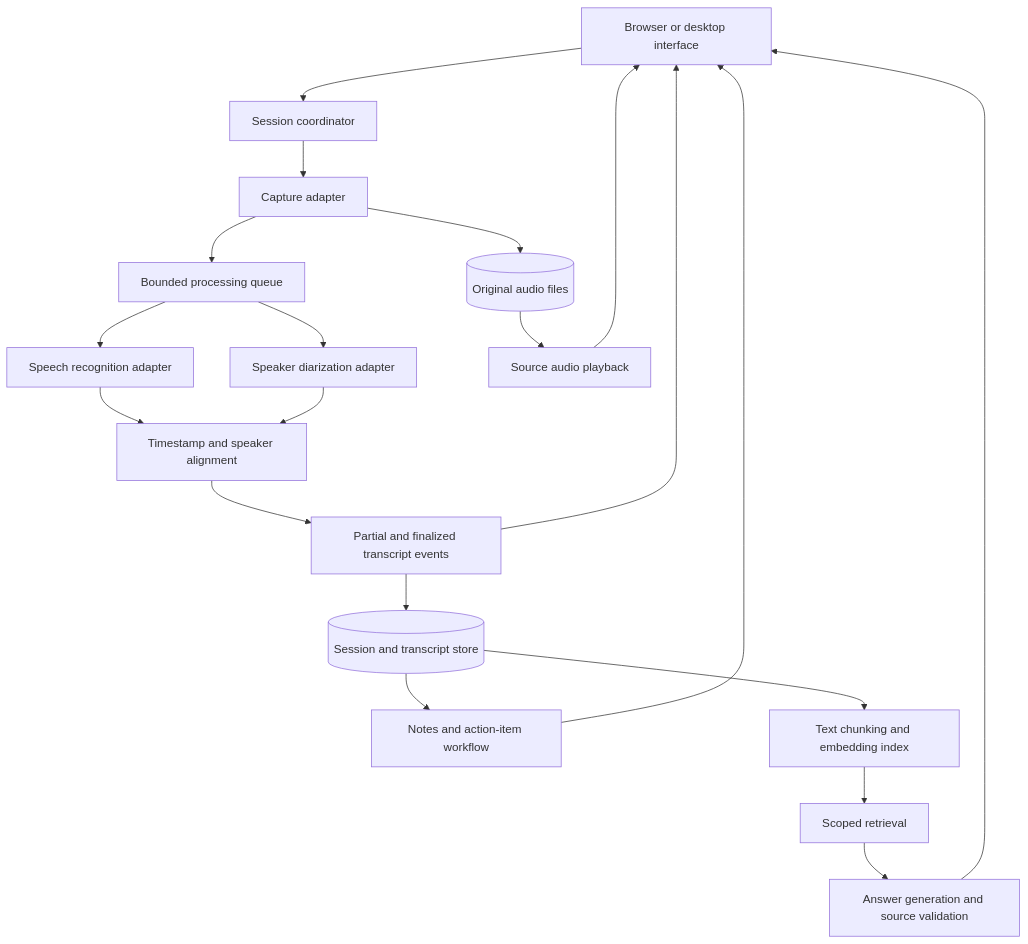
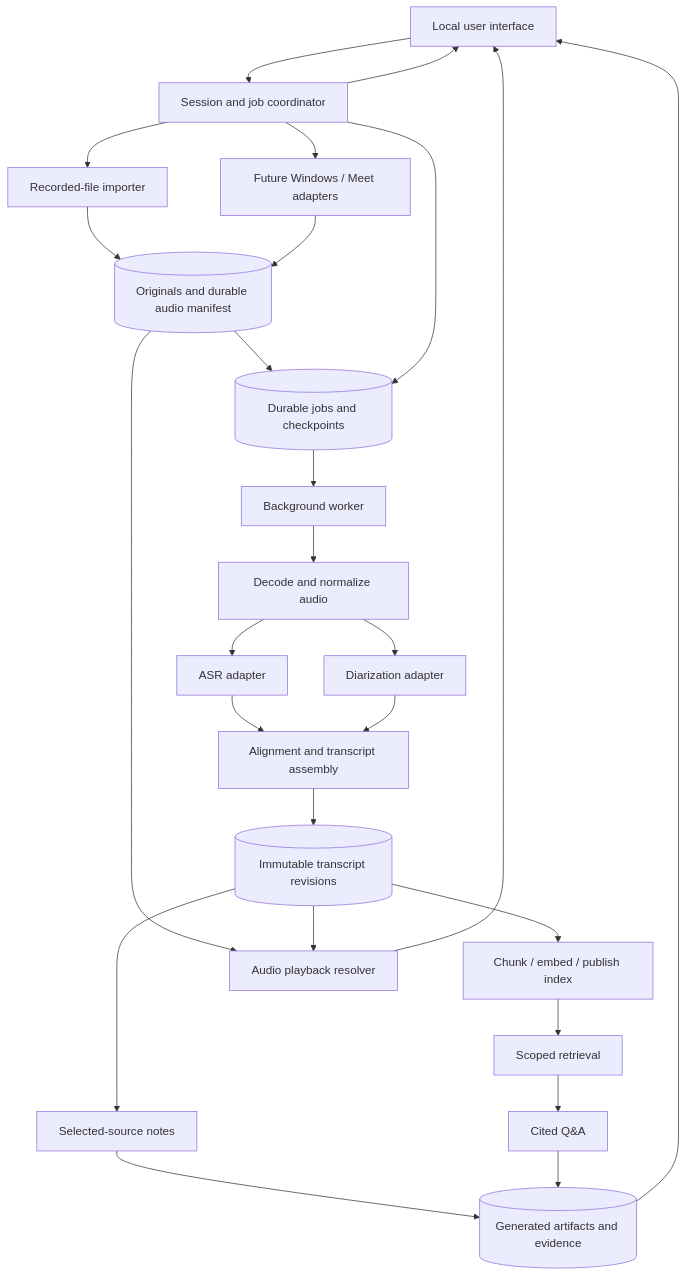
The diagram in docs/ARCHITECTURE.md (rahulsharma027/meeting-bot), drawn with Mermaid before and after one commit. The commit also changed other lines of this file and 7 other files, not shown here.

Commit message:
docs: refine TranscriptLens architecture and component contracts

````diff
--- a/docs/ARCHITECTURE.md
+++ b/docs/ARCHITECTURE.md
@@ -13,22 +15,28 @@
 ```mermaid
 flowchart TD
-    Client[Browser or desktop interface] --> Sessions[Session coordinator]
-    Sessions --> Capture[Capture adapter]
-    Capture --> Files[(Original audio files)]
-    Capture --> Queue[Bounded processing queue]
-    Queue --> ASR[Speech recognition adapter]
-    Queue --> Diarization[Speaker diarization adapter]
-    ASR --> Align[Timestamp and speaker alignment]
-    Diarization --> Align
-    Align --> Events[Partial and finalized transcript events]
-    Events --> Client
-    Events --> Store[(Session and transcript store)]
-    Store --> Notes[Notes and action-item workflow]
-    Store --> Index[Text chunking and embedding index]
-    Index --> Retrieve[Scoped retrieval]
-    Retrieve --> Answer[Answer generation and source validation]
-    Notes --> Client
-    Answer --> Client
-    Files --> Playback[Source audio playback]
-    Playback --> Client
+    UI[Local user interface] --> Coordinator[Session and job coordinator]
+    Coordinator --> Import[Recorded-file importer]
+    Coordinator --> Capture[Future Windows / Meet adapters]
+    Import --> Audio[(Originals and durable audio manifest)]
+    Capture --> Audio
+    Audio --> Jobs[(Durable jobs and checkpoints)]
+    Coordinator --> Jobs
+    Jobs --> Worker[Background worker]
+    Worker --> Decode[Decode and normalize audio]
+    Decode --> ASR[ASR adapter]
+    Decode --> Diarize[Diarization adapter]
+    ASR --> Align[Alignment and transcript assembly]
+    Diarize --> Align
+    Align --> Transcript[(Immutable transcript revisions)]
+    Transcript --> Index[Chunk / embed / publish index]
+    Index --> Retrieval[Scoped retrieval]
+    Transcript --> Notes[Selected-source notes]
+    Retrieval --> QA[Cited Q&A]
+    Notes --> Results[(Generated artifacts and evidence)]
+    QA --> Results
+    Results --> UI
+    Audio --> Playback[Audio playback resolver]
+    Transcript --> Playback
+    Playback --> UI
+    Coordinator --> UI
 ```
````
